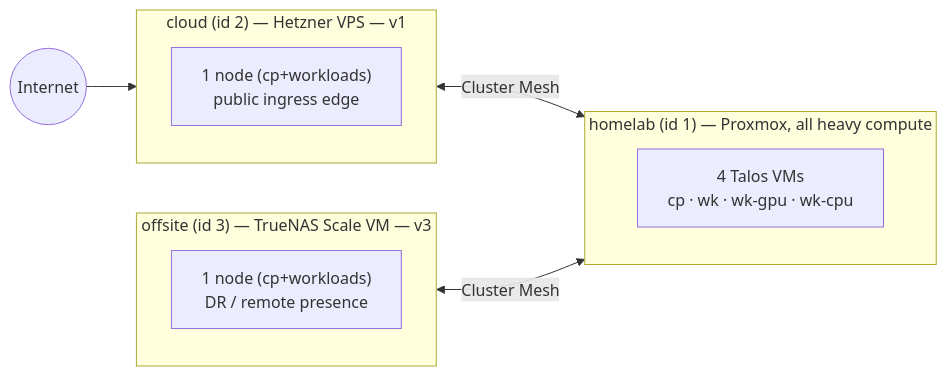
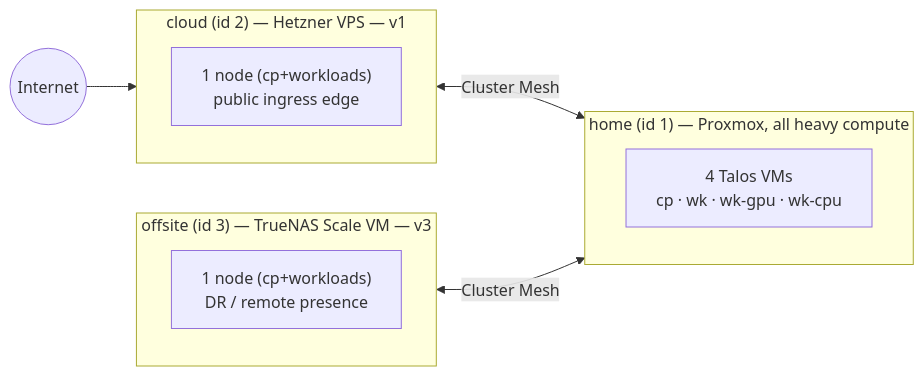
Before and after one commit to ngoldack/homelab: the first of 6 diagrams in docs/architecture.md, drawn with Mermaid. The commit also changed other lines of this file and 35 other files, not shown here.

First line of the commit message:
refactor!: location-based tofu, rename v0 cluster to home, per-host Proxmox keys

````diff
--- a/docs/architecture.md
+++ b/docs/architecture.md
@@ -25,16 +25,16 @@
 ```mermaid
 flowchart LR
-  subgraph HL["homelab (id 1) — Proxmox, all heavy compute"]
+  subgraph HL["home (id 1) — Proxmox, all heavy compute"]
     direction TB
     HLk["4 Talos VMs<br/>cp · wk · wk-gpu · wk-cpu"]
   end
   subgraph CL["cloud (id 2) — Hetzner VPS — v1"]
     CLk["1 node (cp+workloads)<br/>public ingress edge"]
   end
   subgraph OS["offsite (id 3) — TrueNAS Scale VM — v3"]
     OSk["1 node (cp+workloads)<br/>DR / remote presence"]
   end
   Internet(("Internet")) --> CL
   CL <-->|Cluster Mesh| HL
   OS <-->|Cluster Mesh| HL
 ```
````
